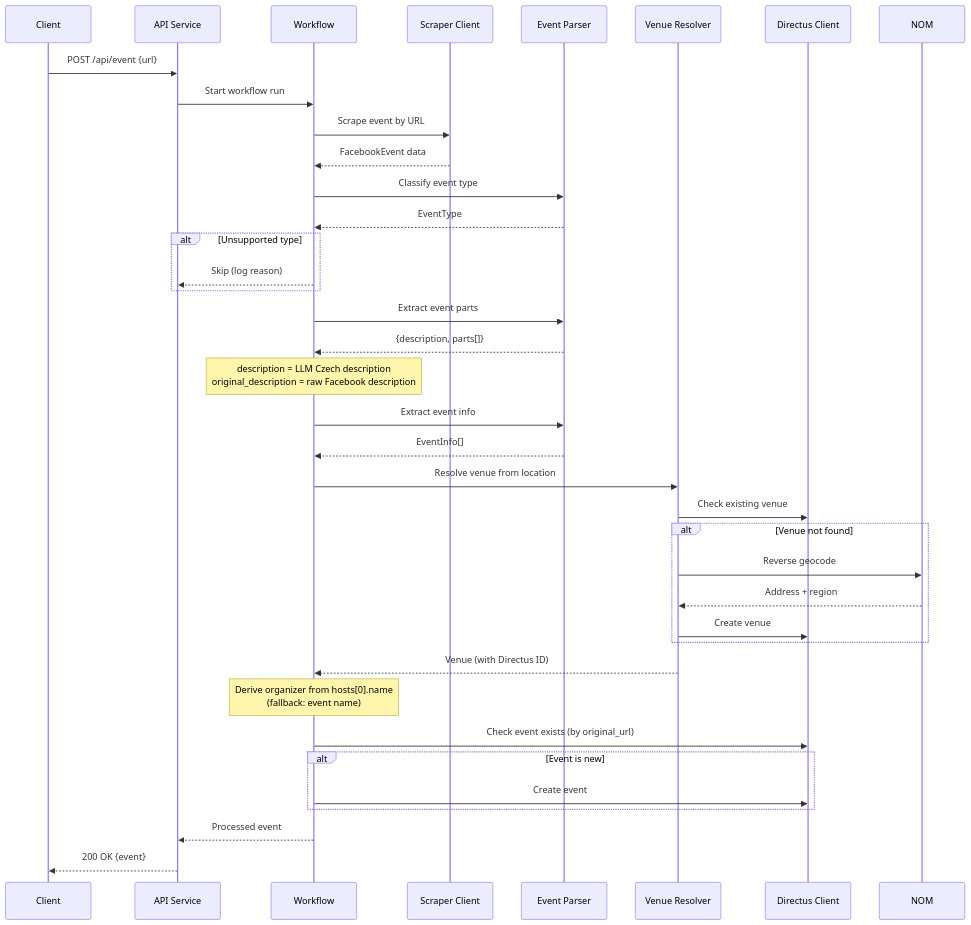
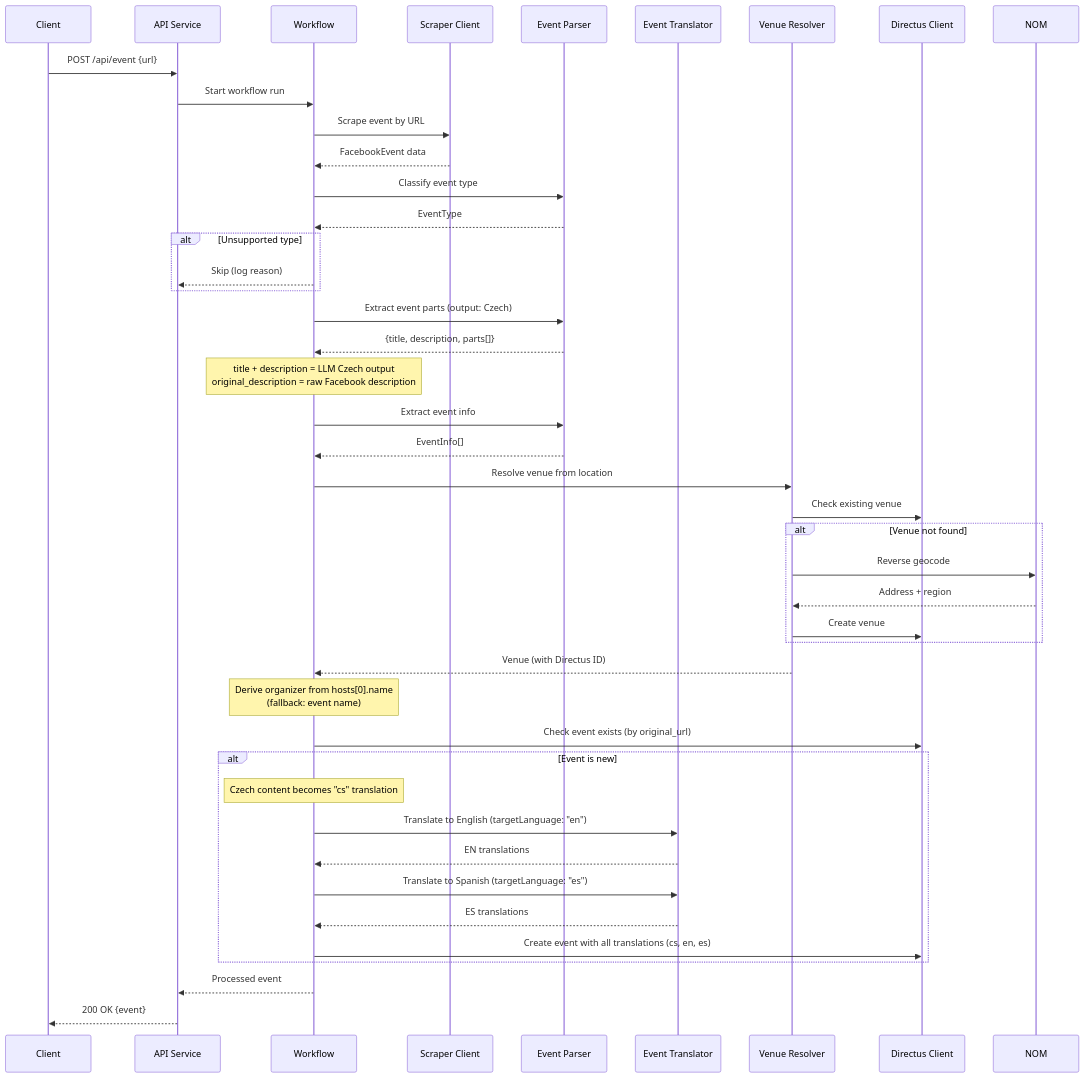
One commit to mjablecnik/Dancee-2.0 changed the second of 4 diagrams in .kiro/specs/event-workflow-restate/design.md. Above: the diagram before and after it, drawn with Mermaid. The commit also changed other lines of this file and 1 other file, not shown here.

Commit message:
feat: add multi-language translation support for event content

````diff
--- a/.kiro/specs/event-workflow-restate/design.md
+++ b/.kiro/specs/event-workflow-restate/design.md
@@ -63,40 +63,46 @@
 ```mermaid
 sequenceDiagram
     participant C as Client
     participant API as API Service
     participant WF as Workflow
     participant SC as Scraper Client
     participant AI as Event Parser
+    participant TR as Event Translator
     participant VR as Venue Resolver
     participant DC as Directus Client
 
     C->>API: POST /api/event {url}
     API->>WF: Start workflow run
     WF->>SC: Scrape event by URL
     SC-->>WF: FacebookEvent data
     WF->>AI: Classify event type
     AI-->>WF: EventType
     alt Unsupported type
         WF-->>API: Skip (log reason)
     end
-    WF->>AI: Extract event parts
-    AI-->>WF: {description, parts[]}
-    Note over WF: description = LLM Czech description<br/>original_description = raw Facebook description
+    WF->>AI: Extract event parts (output: Czech)
+    AI-->>WF: {title, description, parts[]}
+    Note over WF: title + description = LLM Czech output<br/>original_description = raw Facebook description
     WF->>AI: Extract event info
     AI-->>WF: EventInfo[]
     WF->>VR: Resolve venue from location
     VR->>DC: Check existing venue
     alt Venue not found
         VR->>NOM: Reverse geocode
         NOM-->>VR: Address + region
         VR->>DC: Create venue
     end
     VR-->>WF: Venue (with Directus ID)
     Note over WF: Derive organizer from hosts[0].name<br/>(fallback: event name)
     WF->>DC: Check event exists (by original_url)
     alt Event is new
-        WF->>DC: Create event
+        Note over WF: Czech content becomes "cs" translation
+        WF->>TR: Translate to English (targetLanguage: "en")
+        TR-->>WF: EN translations
+        WF->>TR: Translate to Spanish (targetLanguage: "es")
+        TR-->>WF: ES translations
+        WF->>DC: Create event with all translations (cs, en, es)
     end
     WF-->>API: Processed event
     API-->>C: 200 OK {event}
 ```
````
